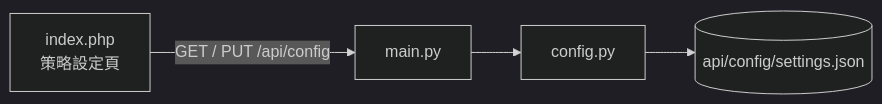
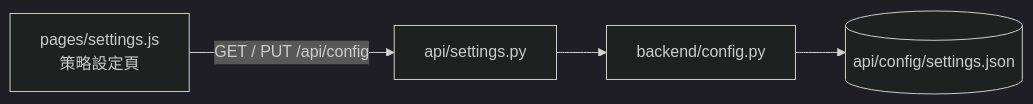
Before and after one commit to t33287720/stock-agent: the fourth of 4 diagrams in README.md, drawn with Mermaid (dark theme). The commit also changed other lines of this file and 40 other files, not shown here.

````diff
--- a/README.md
+++ b/README.md
@@ -138,6 +154,6 @@
 ```mermaid
 flowchart LR
-    UI[index.php<br/>策略設定頁] -->|GET / PUT /api/config| API[main.py]
-    API --> Config[config.py]
+    UI[pages/settings.js<br/>策略設定頁] -->|GET / PUT /api/config| API[api/settings.py]
+    API --> Config[backend/config.py]
     Config --> File[(api/config/settings.json)]
 ```
````
